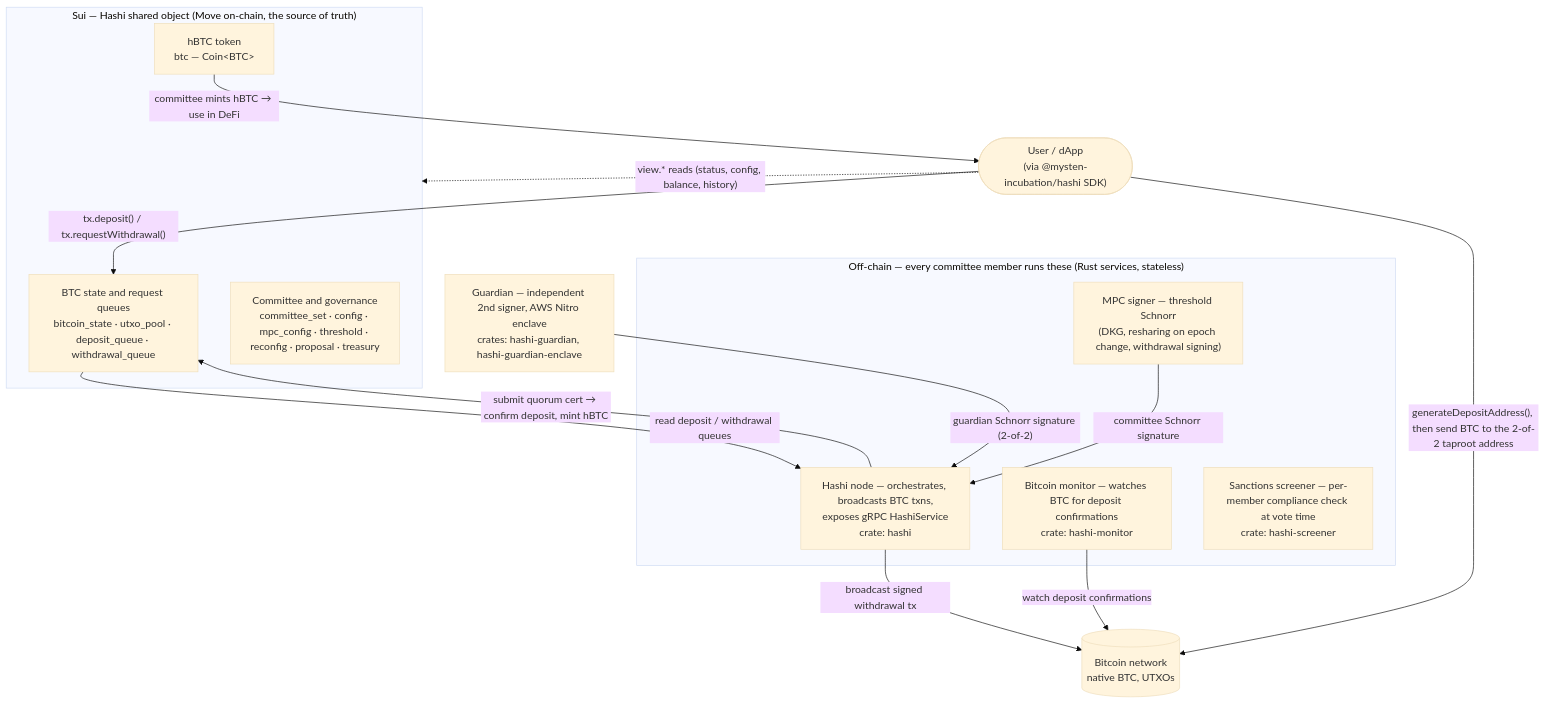
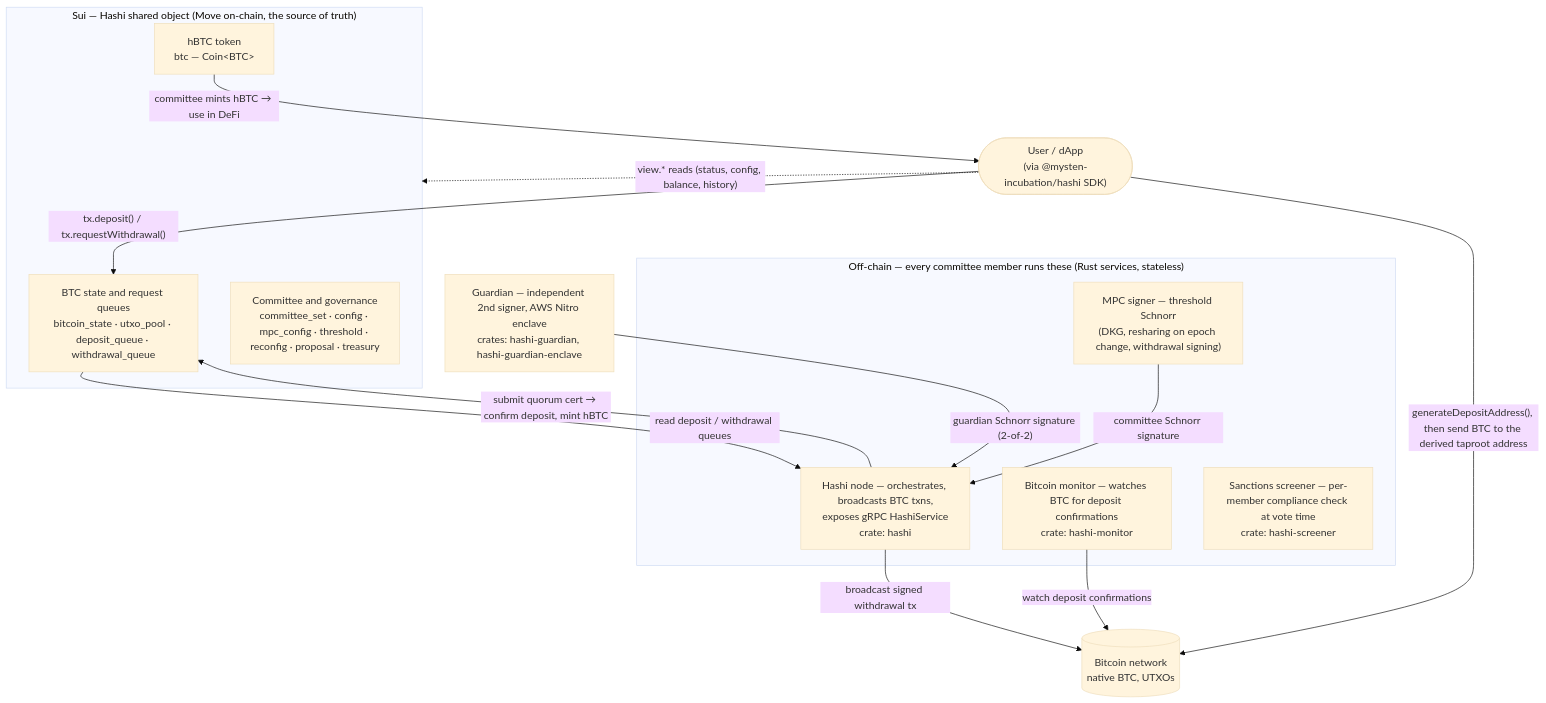
The diagram in docs/talks/soleng-hashi-deep-dive.md (MystenLabs/hashi-ts-sdk), drawn with Mermaid (base theme) before and after one commit. The commit also changed other lines of this file and 4 other files, not shown here.

First line of the commit message:
docs+ref-app: sync address-scheme content to the timelock taproot tree (#34)

````diff
--- a/docs/talks/soleng-hashi-deep-dive.md
+++ b/docs/talks/soleng-hashi-deep-dive.md
@@ -68,35 +68,35 @@
 ```mermaid
 flowchart TB
   User(["User / dApp<br/>(via @mysten-incubation/hashi SDK)"])
 
   subgraph OffChain["Off-chain — every committee member runs these (Rust services, stateless)"]
     Node["Hashi node — orchestrates, broadcasts BTC txns,<br/>exposes gRPC HashiService<br/>crate: hashi"]
     Monitor["Bitcoin monitor — watches BTC for deposit confirmations<br/>crate: hashi-monitor"]
     MPC["MPC signer — threshold Schnorr<br/>(DKG, resharing on epoch change, withdrawal signing)"]
     Screener["Sanctions screener — per-member compliance check at vote time<br/>crate: hashi-screener"]
   end
 
   Guardian["Guardian — independent 2nd signer, AWS Nitro enclave<br/>crates: hashi-guardian, hashi-guardian-enclave"]
 
   BTC[("Bitcoin network<br/>native BTC, UTXOs")]
 
   subgraph OnChain["Sui — Hashi shared object (Move on-chain, the source of truth)"]
     Gov["Committee and governance<br/>committee_set · config · mpc_config · threshold · reconfig · proposal · treasury"]
     BtcState["BTC state and request queues<br/>bitcoin_state · utxo_pool · deposit_queue · withdrawal_queue"]
     Coin["hBTC token<br/>btc — Coin&lt;BTC&gt;"]
   end
 
   %% User-facing flows (SDK calls)
-  User -->|"generateDepositAddress(), then send BTC to the 2-of-2 taproot address"| BTC
+  User -->|"generateDepositAddress(), then send BTC to the derived taproot address"| BTC
   User -->|"tx.deposit() / tx.requestWithdrawal()"| BtcState
   User -. "view.* reads (status, config, balance, history)" .-> OnChain
   Coin -->|"committee mints hBTC → use in DeFi"| User
 
   %% Committee / guardian operation
   Monitor -->|"watch deposit confirmations"| BTC
   BtcState -->|"read deposit / withdrawal queues"| Node
   Node -->|"submit quorum cert → confirm deposit, mint hBTC"| BtcState
   MPC -->|"committee Schnorr signature"| Node
   Guardian -->|"guardian Schnorr signature (2-of-2)"| Node
   Node -->|"broadcast signed withdrawal tx"| BTC
 ```
````
